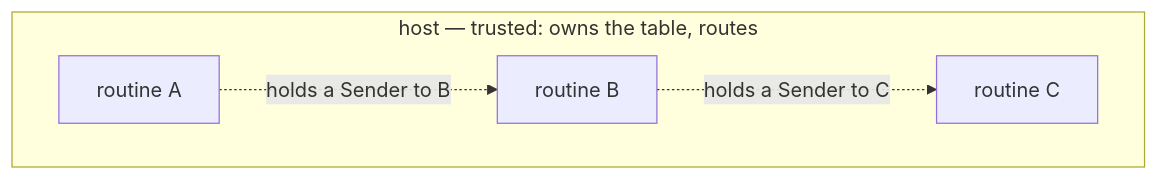
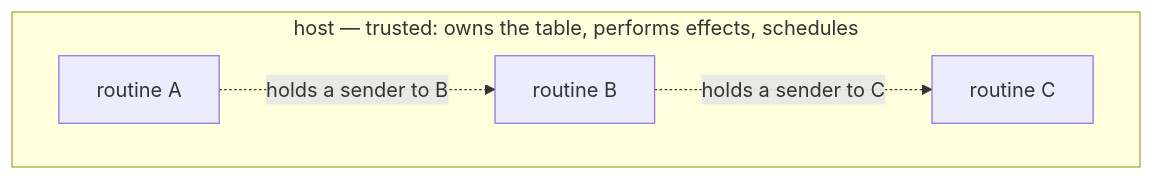
The diagram in design/capabilities.md (inkandswitch/sans-effort), drawn with Mermaid before and after one commit. The commit also changed other lines of this file and 30 other files, not shown here.

````diff
--- a/design/capabilities.md
+++ b/design/capabilities.md
@@ -15,11 +15,11 @@
 ```mermaid
 flowchart TB
-    subgraph host["host — trusted: owns the table, routes"]
+    subgraph host["host — trusted: owns the table, performs effects, schedules"]
         direction LR
         a["routine A"]
         b["routine B"]
         c["routine C"]
     end
-    a -. "holds a Sender to B" .-> b
-    b -. "holds a Sender to C" .-> c
+    a -. "holds a sender to B" .-> b
+    b -. "holds a sender to C" .-> c
 ```
````
